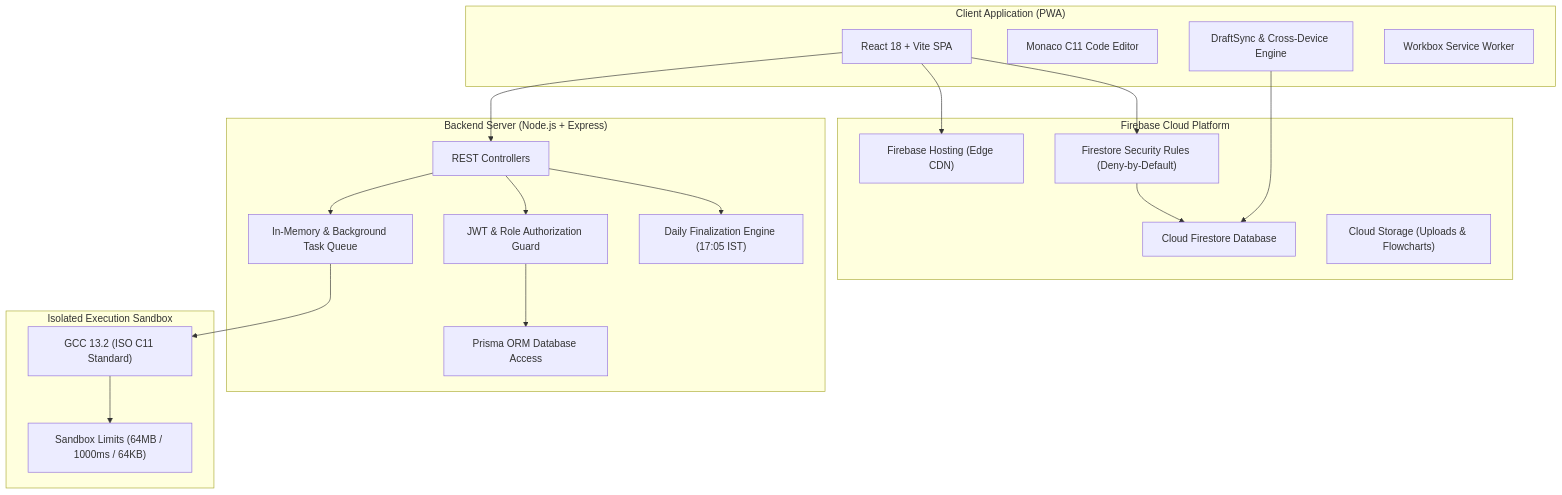
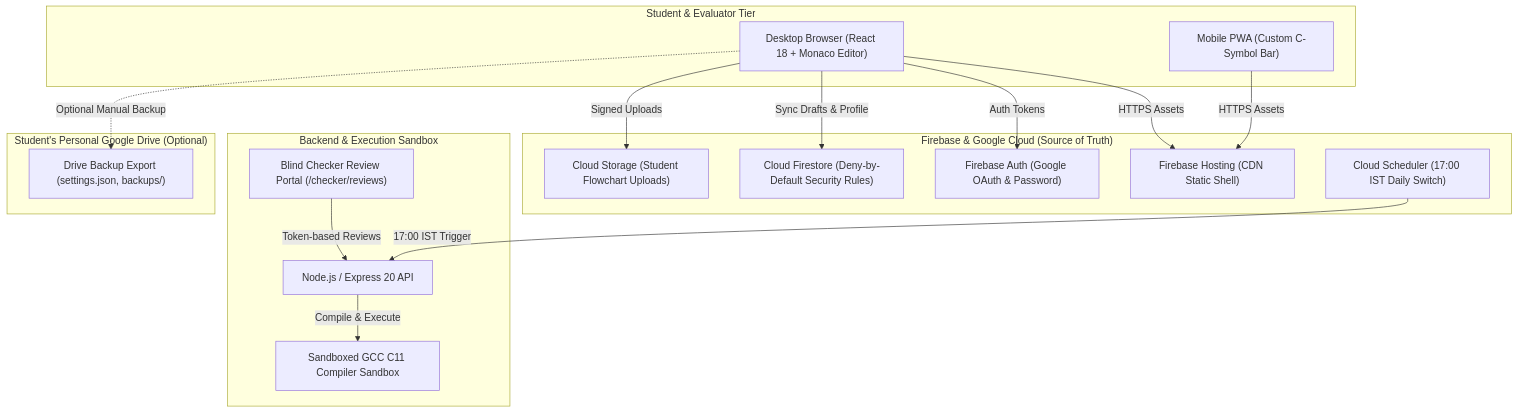
The diagram in README.md (pratikpt1304/LogicQ), drawn with Mermaid before and after one commit. The commit also changed other lines of this file and 22 other files, not shown here.

````diff
--- a/README.md
+++ b/README.md
@@ -157,41 +85,35 @@
 ```mermaid
 flowchart TD
-    subgraph Client["Client Application (PWA)"]
-        React["React 18 + Vite SPA"]
-        Monaco["Monaco C11 Code Editor"]
-        DraftEngine["DraftSync & Cross-Device Engine"]
-        ServiceWorker["Workbox Service Worker"]
+    subgraph Client ["Student & Evaluator Tier"]
+        Browser["Desktop Browser (React 18 + Monaco Editor)"]
+        Mobile["Mobile PWA (Custom C-Symbol Bar)"]
     end
 
-    subgraph FirebaseInfra["Firebase Cloud Platform"]
-        Hosting["Firebase Hosting (Edge CDN)"]
-        FSRules["Firestore Security Rules (Deny-by-Default)"]
-        Firestore["Cloud Firestore Database"]
-        Storage["Cloud Storage (Uploads & Flowcharts)"]
+    subgraph FirebaseCloud ["Firebase & Google Cloud (Source of Truth)"]
+        Hosting["Firebase Hosting (CDN Static Shell)"]
+        Auth["Firebase Auth (Google OAuth & Password)"]
+        Firestore["Cloud Firestore (Deny-by-Default Security Rules)"]
+        Storage["Cloud Storage (Student Flowchart Uploads)"]
+        Scheduler["Cloud Scheduler (17:00 IST Daily Switch)"]
     end
 
-    subgraph BackendServices["Backend Server (Node.js + Express)"]
-        AuthMiddleware["JWT & Role Authorization Guard"]
-        API["REST Controllers"]
-        Queue["In-Memory & Background Task Queue"]
-        Prisma["Prisma ORM Database Access"]
-        Finalizer["Daily Finalization Engine (17:05 IST)"]
+    subgraph BackendJudge ["Backend & Execution Sandbox"]
+        APIServer["Node.js / Express 20 API"]
+        C11Judge["Sandboxed GCC C11 Compiler Sandbox"]
+        CheckerPortal["Blind Checker Review Portal (/checker/reviews)"]
     end
 
-    subgraph JudgeSandbox["Isolated Execution Sandbox"]
-        GCC["GCC 13.2 (ISO C11 Standard)"]
-        ResourceCaps["Sandbox Limits (64MB / 1000ms / 64KB)"]
+    subgraph StudentDrive ["Student's Personal Google Drive (Optional)"]
+        DriveBackup["Drive Backup Export (settings.json, backups/)"]
     end
 
-    React --> Hosting
-    React --> FSRules
-    FSRules --> Firestore
-    React --> API
-    API --> AuthMiddleware
-    AuthMiddleware --> Prisma
-    API --> Queue
-    Queue --> GCC
-    GCC --> ResourceCaps
-    API --> Finalizer
-    DraftEngine --> Firestore
+    Browser -->|HTTPS Assets| Hosting
+    Mobile -->|HTTPS Assets| Hosting
+    Browser -->|Auth Tokens| Auth
+    Browser -->|Sync Drafts & Profile| Firestore
+    Browser -->|Signed Uploads| Storage
+    Browser -.->|Optional Manual Backup| DriveBackup
+    APIServer -->|Compile & Execute| C11Judge
+    Scheduler -->|17:00 IST Trigger| APIServer
+    CheckerPortal -->|Token-based Reviews| APIServer
 ```
````
